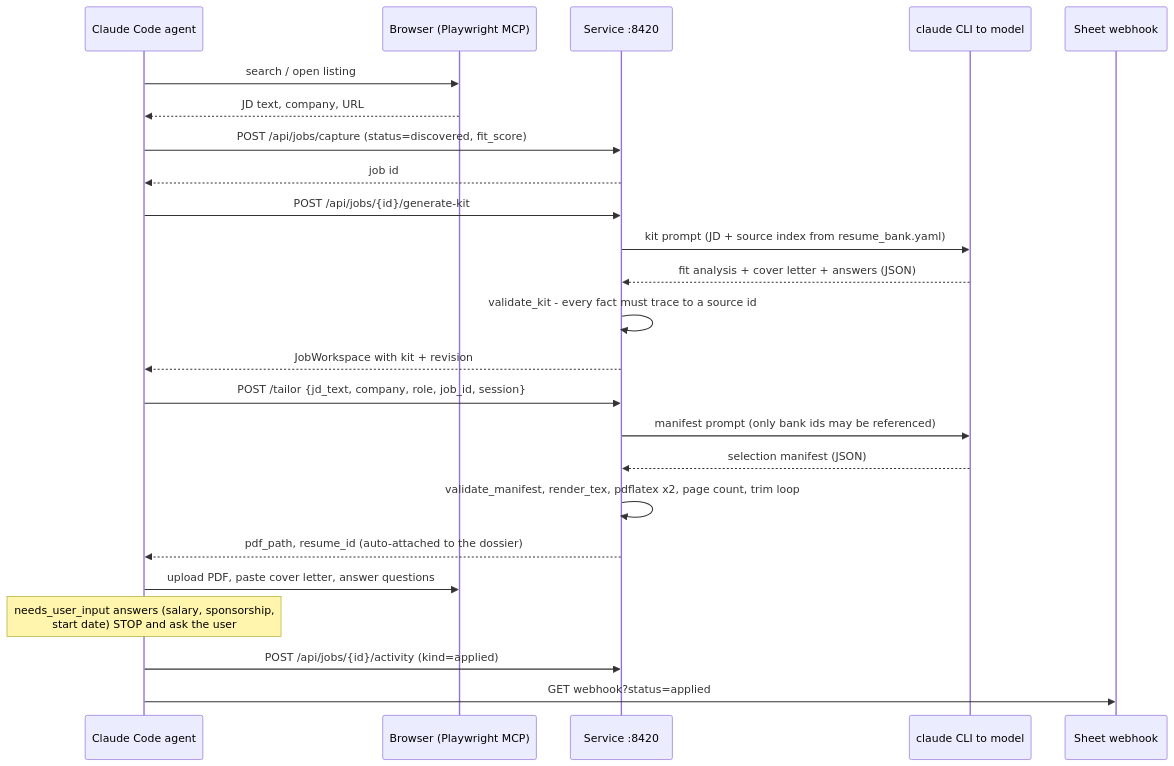
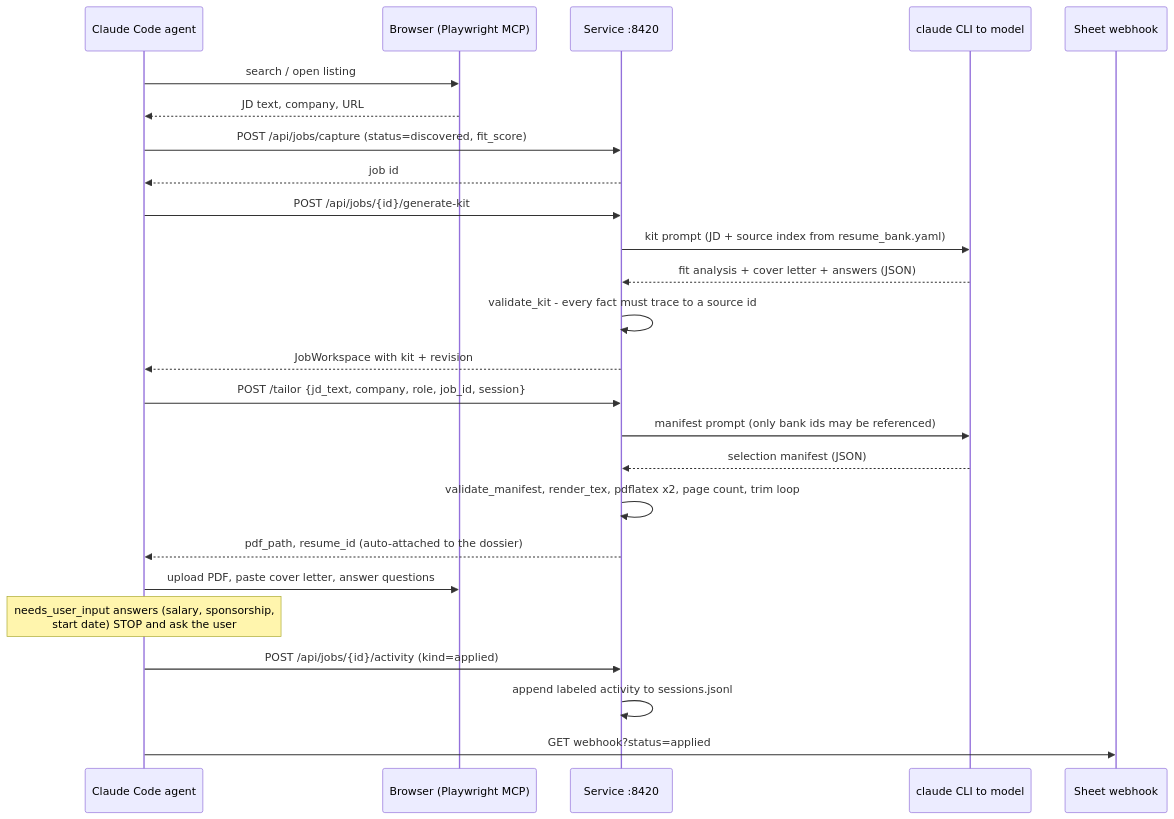
Before and after one commit to Harshksaw/job-machine: the second of 4 diagrams in docs/ARCHITECTURE.md, drawn with Mermaid. The commit also changed other lines of this file and 51 other files, not shown here.

````diff
--- a/docs/ARCHITECTURE.md
+++ b/docs/ARCHITECTURE.md
@@ -57,27 +57,28 @@
 ```mermaid
 sequenceDiagram
   participant A as Claude Code agent
   participant B as Browser (Playwright MCP)
   participant S as Service :8420
   participant M as claude CLI to model
   participant G as Sheet webhook
 
   A->>B: search / open listing
   B-->>A: JD text, company, URL
   A->>S: POST /api/jobs/capture (status=discovered, fit_score)
   S-->>A: job id
   A->>S: POST /api/jobs/{id}/generate-kit
   S->>M: kit prompt (JD + source index from resume_bank.yaml)
   M-->>S: fit analysis + cover letter + answers (JSON)
   S->>S: validate_kit - every fact must trace to a source id
   S-->>A: JobWorkspace with kit + revision
   A->>S: POST /tailor {jd_text, company, role, job_id, session}
   S->>M: manifest prompt (only bank ids may be referenced)
   M-->>S: selection manifest (JSON)
   S->>S: validate_manifest, render_tex, pdflatex x2, page count, trim loop
   S-->>A: pdf_path, resume_id (auto-attached to the dossier)
   A->>B: upload PDF, paste cover letter, answer questions
   Note over A: needs_user_input answers (salary, sponsorship,<br/>start date) STOP and ask the user
   A->>S: POST /api/jobs/{id}/activity (kind=applied)
+  S->>S: append labeled activity to sessions.jsonl
   A->>G: GET webhook?status=applied
 ```
````
